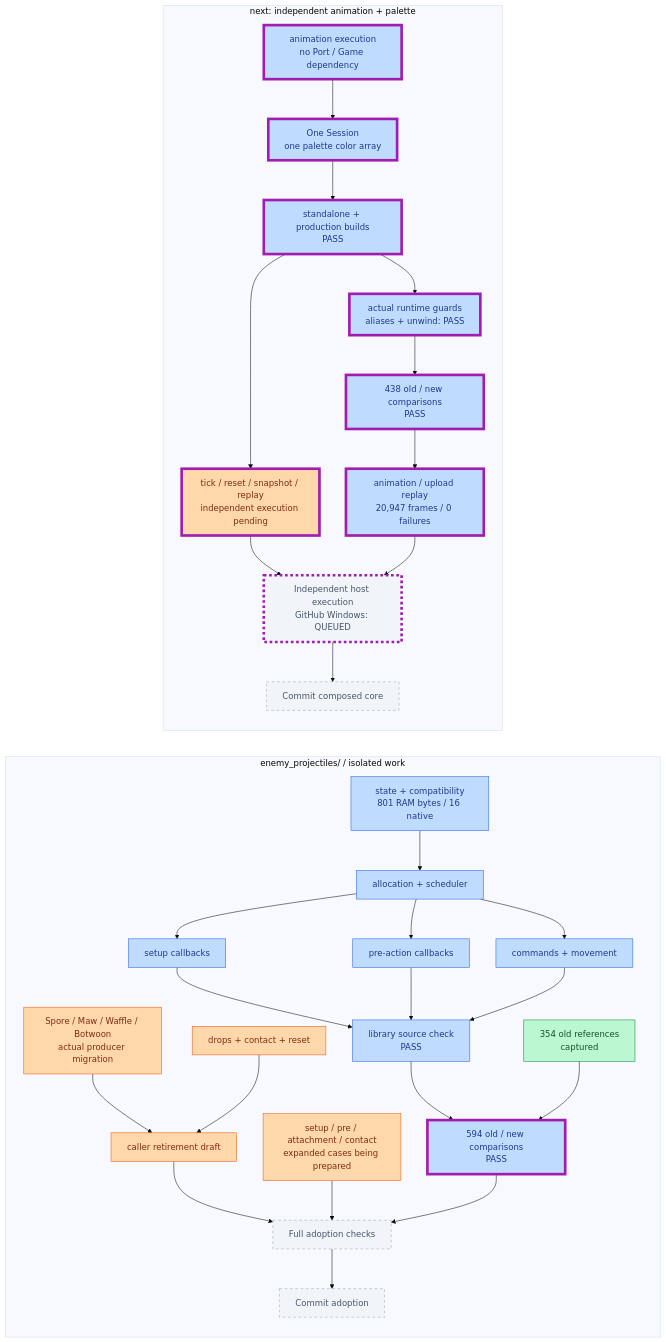
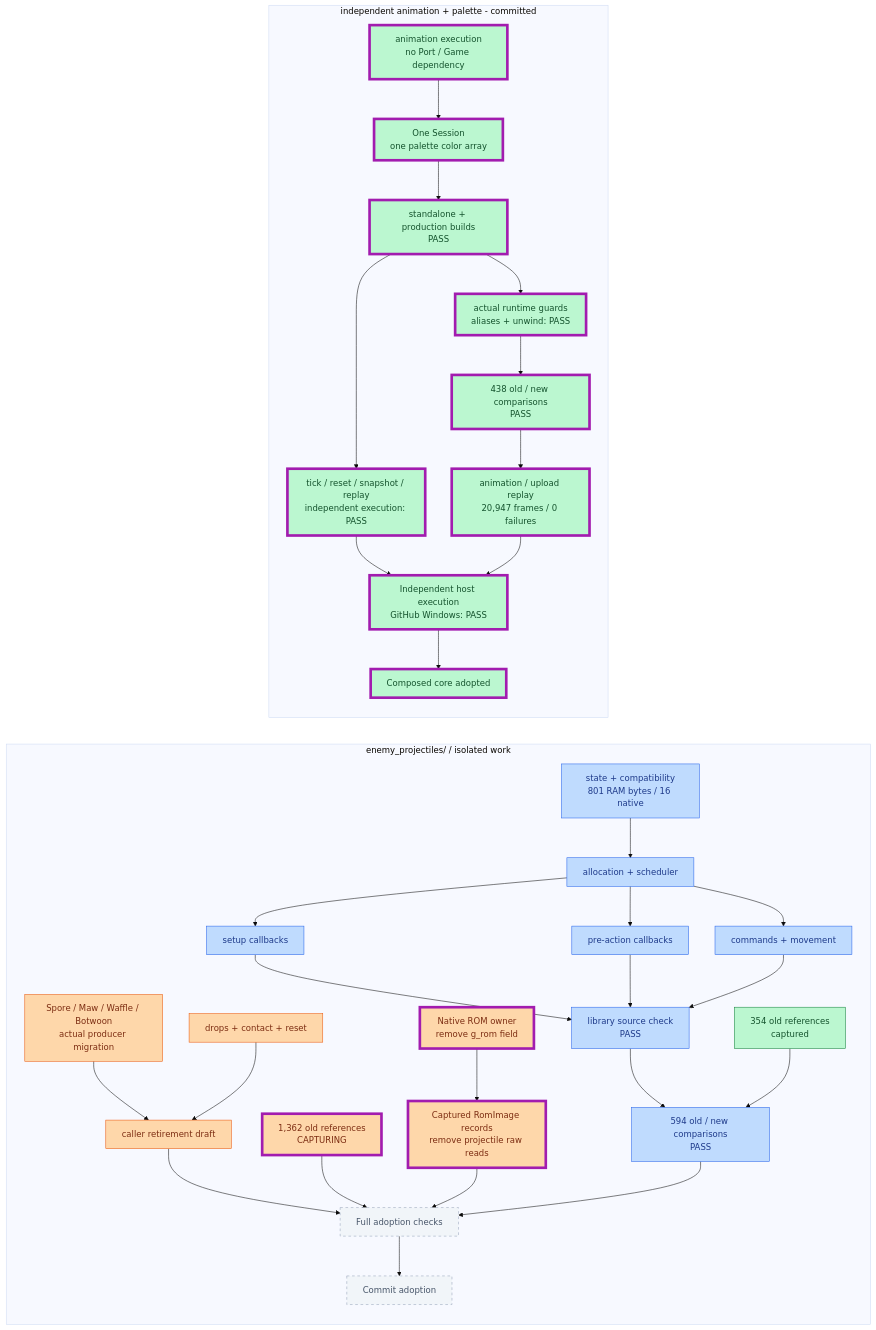
The third of 3 diagrams in PROGRESS.md (JimLundin/sm-decomp), drawn with Mermaid (base theme) before and after one commit. The commit also changed other lines of this file and 2 other files, not shown here.

Commit message:
Mark composed core adopted after hosted checks; graphical status verified
GitHub39989858734 passes independent animation/palette execution, frontend build and format on354f1fb5. Turn exact composition modules and checks green; retain pending persistent whole-game state and enemy ownership. Documentation only: diff checks and progress counters pass, no runtime source change.

````diff
--- a/PROGRESS.md
+++ b/PROGRESS.md
@@ -76,39 +78,41 @@
 ```mermaid
 flowchart LR
     subgraph enemy["enemy_projectiles/ / isolated work"]
         direction TB
         ES["state + compatibility<br/>801 RAM bytes / 16 native"]:::checked --> EL["allocation + scheduler"]:::checked
         EL --> SETUP["setup callbacks"]:::checked
         EL --> PRE["pre-action callbacks"]:::checked
         EL --> CMD["commands + movement"]:::checked
         SETUP --> EC["library source check<br/>PASS"]:::checked
         PRE --> EC
         CMD --> EC
         ATT["Spore / Maw / Waffle / Botwoon<br/>actual producer migration"]:::active --> CALL["caller retirement draft"]:::active
         DROP["drops + contact + reset"]:::active --> CALL
         CALL --> FULL["Full adoption checks"]:::pending
         EC --> CORE["594 old / new comparisons<br/>PASS"]:::checked
         OLD["354 old references<br/>captured"]:::done --> CORE
-        MORE["setup / pre / attachment / contact<br/>expanded cases being prepared"]:::active --> FULL
+        MORE["1,362 old references<br/>CAPTURING"]:::active --> FULL
+        ROM["Native ROM owner<br/>remove g_rom field"]:::active --> RECORD["Captured RomImage records<br/>remove projectile raw reads"]:::active
+        RECORD --> FULL
         CORE --> FULL
         FULL --> ECOMMIT["Commit adoption"]:::pending
     end
-    subgraph composition["next: independent animation + palette"]
+    subgraph composition["independent animation + palette - committed"]
         direction TB
-        HOST["animation execution<br/>no Port / Game dependency"]:::checked --> ONE["One Session<br/>one palette color array"]:::checked
-        ONE --> BUILD["standalone + production builds<br/>PASS"]:::checked
-        BUILD --> GUARD["actual runtime guards<br/>aliases + unwind: PASS"]:::checked
-        GUARD --> REF["438 old / new comparisons<br/>PASS"]:::checked
-        REF --> MOVIE["animation / upload replay<br/>20,947 frames / 0 failures"]:::checked
-        BUILD --> REPLAY["tick / reset / snapshot / replay<br/>independent execution pending"]:::active
-        REPLAY --> CI["Independent host execution<br/>GitHub Windows: QUEUED"]:::pending
+        HOST["animation execution<br/>no Port / Game dependency"]:::done --> ONE["One Session<br/>one palette color array"]:::done
+        ONE --> BUILD["standalone + production builds<br/>PASS"]:::done
+        BUILD --> GUARD["actual runtime guards<br/>aliases + unwind: PASS"]:::done
+        GUARD --> REF["438 old / new comparisons<br/>PASS"]:::done
+        REF --> MOVIE["animation / upload replay<br/>20,947 frames / 0 failures"]:::done
+        BUILD --> REPLAY["tick / reset / snapshot / replay<br/>independent execution: PASS"]:::done
+        REPLAY --> CI["Independent host execution<br/>GitHub Windows: PASS"]:::done
         MOVIE --> CI
-        CI --> CCOMMIT["Commit composed core"]:::pending
+        CI --> CCOMMIT["Composed core adopted"]:::done
     end
     classDef done fill:#bbf7d0,stroke:#15803d,color:#14532d
     classDef checked fill:#bfdbfe,stroke:#2563eb,color:#1e3a8a
     classDef active fill:#fed7aa,stroke:#ea580c,color:#7c2d12
     classDef pending fill:#f1f5f9,stroke:#94a3b8,color:#475569,stroke-dasharray:5 5
     classDef changed stroke:#a21caf,stroke-width:5px
-    class CORE,HOST,ONE,BUILD,GUARD,REF,MOVIE,REPLAY,CI changed
+    class HOST,ONE,BUILD,GUARD,REF,MOVIE,REPLAY,CI,CCOMMIT,MORE,ROM,RECORD changed
 ```
````
